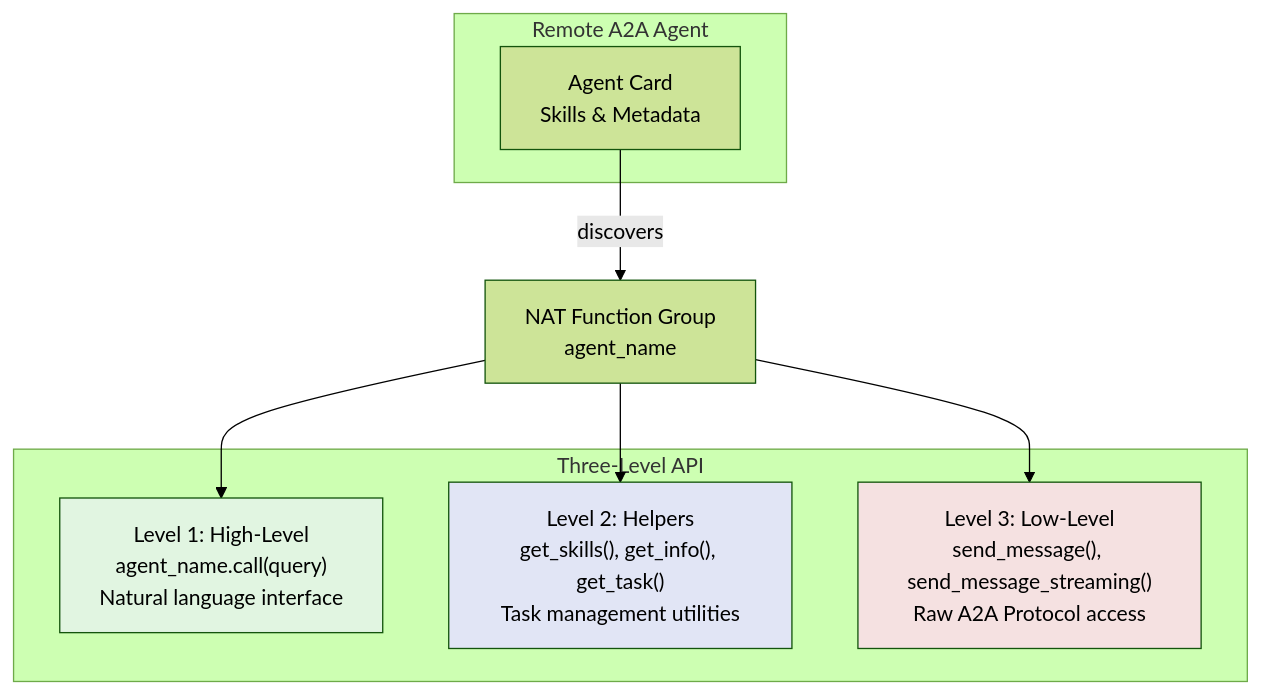
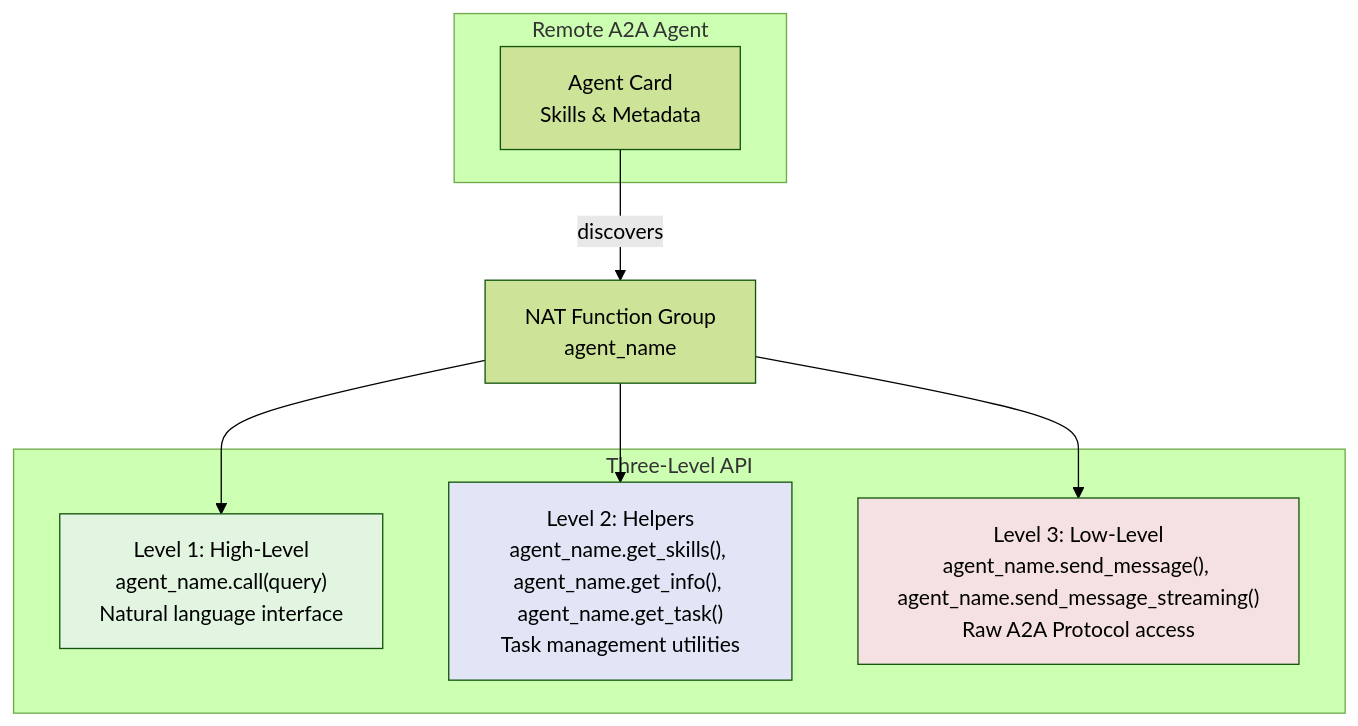
The first of 2 diagrams in docs/source/workflows/a2a/a2a-client.md (NVIDIA/NeMo-Agent-Toolkit), drawn with Mermaid (forest theme) before and after one commit. The commit also changed other lines of this file, not shown here.

Commit message:
Fix typos in the docs

````diff
--- a/docs/source/workflows/a2a/a2a-client.md
+++ b/docs/source/workflows/a2a/a2a-client.md
@@ -102,22 +102,22 @@
 ```mermaid
 flowchart TB
     subgraph "Remote A2A Agent"
         AC[Agent Card<br/>Skills & Metadata]
     end
 
     AC -->|discovers| FG[NAT Function Group<br/>agent_name]
 
     subgraph "Three-Level API"
         L1["Level 1: High-Level<br/>agent_name.call(query)<br/>Natural language interface"]
-        L2["Level 2: Helpers<br/>get_skills(), get_info(), get_task()<br/>Task management utilities"]
-        L3["Level 3: Low-Level<br/>send_message(), send_message_streaming()<br/>Raw A2A Protocol access"]
+        L2["Level 2: Helpers<br/>agent_name.get_skills(), agent_name.get_info(), agent_name.get_task()<br/>Task management utilities"]
+        L3["Level 3: Low-Level<br/>agent_name.send_message(), agent_name.send_message_streaming()<br/>Raw A2A Protocol access"]
     end
 
     FG --> L1
     FG --> L2
     FG --> L3
 
     style L1 fill:#e1f5e1,color:#000
     style L2 fill:#e1e5f5,color:#000
     style L3 fill:#f5e1e1,color:#000
 ```
````
